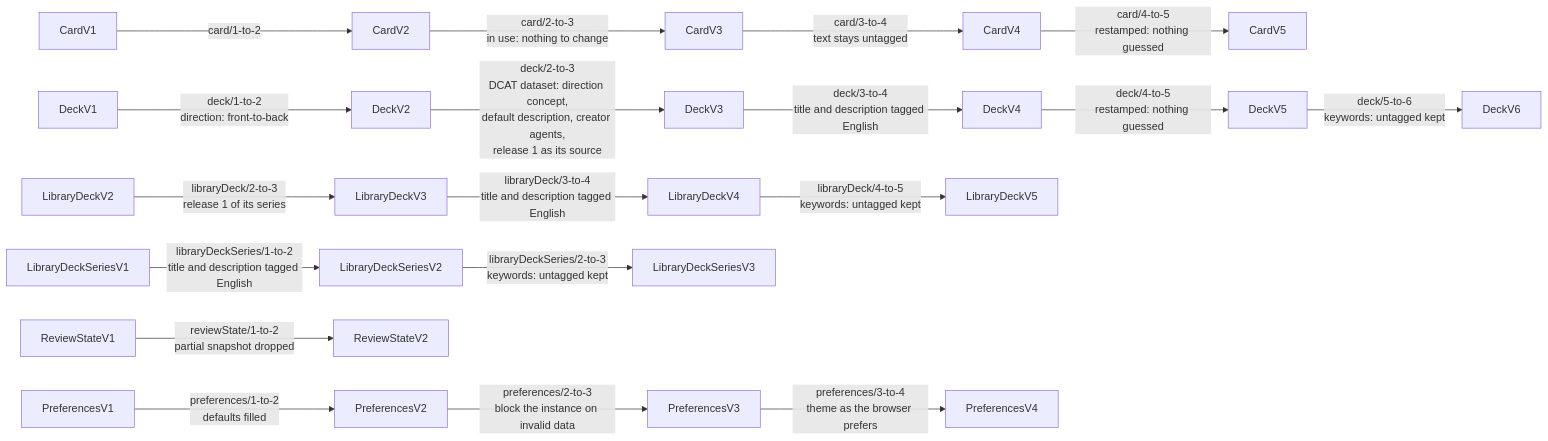
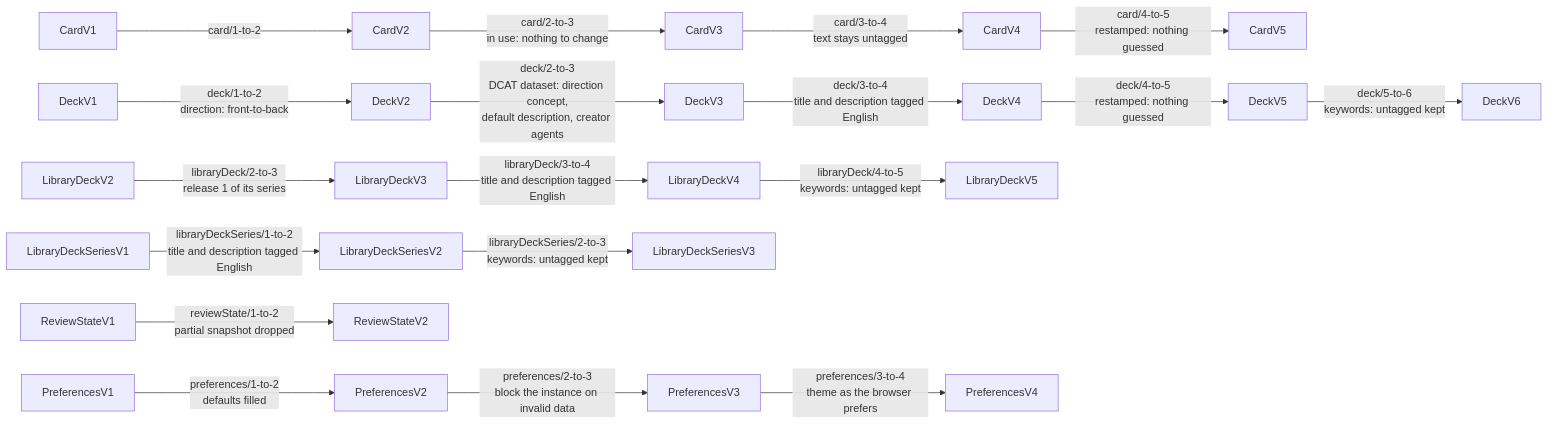
The first of 3 diagrams in docs/migrations.md (solid-memo/website), drawn with Mermaid before and after one commit. The commit also changed other lines of this file and 19 other files, not shown here.

````diff
--- a/docs/migrations.md
+++ b/docs/migrations.md
@@ -102,21 +102,21 @@
 ```mermaid
 flowchart LR
     v1["CardV1"] -->|card/1-to-2| v2["CardV2"]
     v2 -->|card/2-to-3<br/>in use: nothing to change| v3["CardV3"]
     v3 -->|card/3-to-4<br/>text stays untagged| v4["CardV4"]
     v4 -->|card/4-to-5<br/>restamped: nothing guessed| v5["CardV5"]
     d1["DeckV1"] -->|deck/1-to-2<br/>direction: front-to-back| d2["DeckV2"]
-    d2 -->|deck/2-to-3<br/>DCAT dataset: direction concept,<br/>default description, creator agents,<br/>release 1 as its source| d3["DeckV3"]
+    d2 -->|deck/2-to-3<br/>DCAT dataset: direction concept,<br/>default description, creator agents| d3["DeckV3"]
     d3 -->|deck/3-to-4<br/>title and description tagged English| d4["DeckV4"]
     d4 -->|deck/4-to-5<br/>restamped: nothing guessed| d5["DeckV5"]
     d5 -->|deck/5-to-6<br/>keywords: untagged kept| d6["DeckV6"]
     l2["LibraryDeckV2"] -->|libraryDeck/2-to-3<br/>release 1 of its series| l3["LibraryDeckV3"]
     l3 -->|libraryDeck/3-to-4<br/>title and description tagged English| l4["LibraryDeckV4"]
     l4 -->|libraryDeck/4-to-5<br/>keywords: untagged kept| l5["LibraryDeckV5"]
     s1["LibraryDeckSeriesV1"] -->|libraryDeckSeries/1-to-2<br/>title and description tagged English| s2["LibraryDeckSeriesV2"]
     s2 -->|libraryDeckSeries/2-to-3<br/>keywords: untagged kept| s3["LibraryDeckSeriesV3"]
     r1["ReviewStateV1"] -->|reviewState/1-to-2<br/>partial snapshot dropped| r2["ReviewStateV2"]
     p1["PreferencesV1"] -->|preferences/1-to-2<br/>defaults filled| p2["PreferencesV2"]
     p2 -->|preferences/2-to-3<br/>block the instance on invalid data| p3["PreferencesV3"]
     p3 -->|preferences/3-to-4<br/>theme as the browser prefers| p4["PreferencesV4"]
 ```
````
